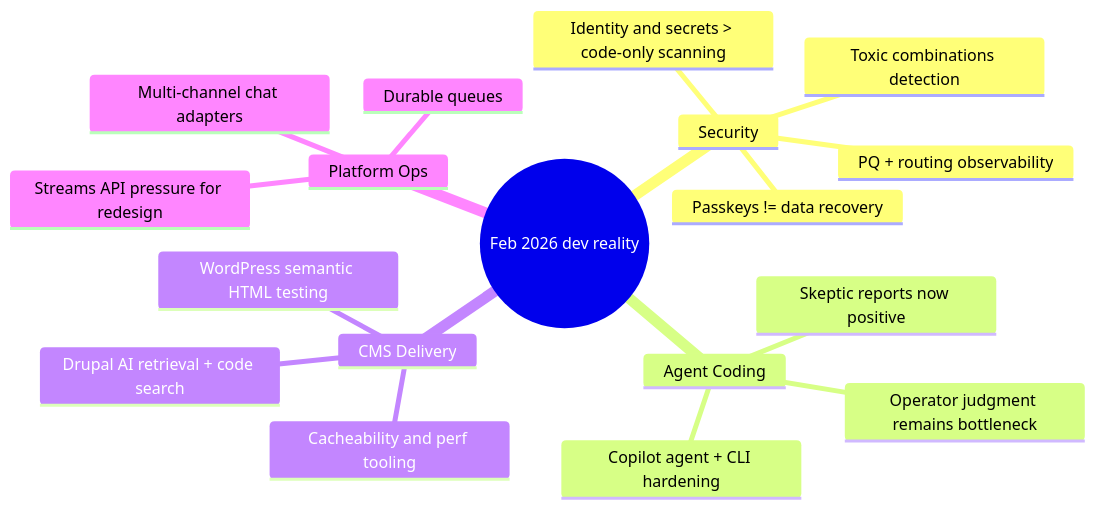
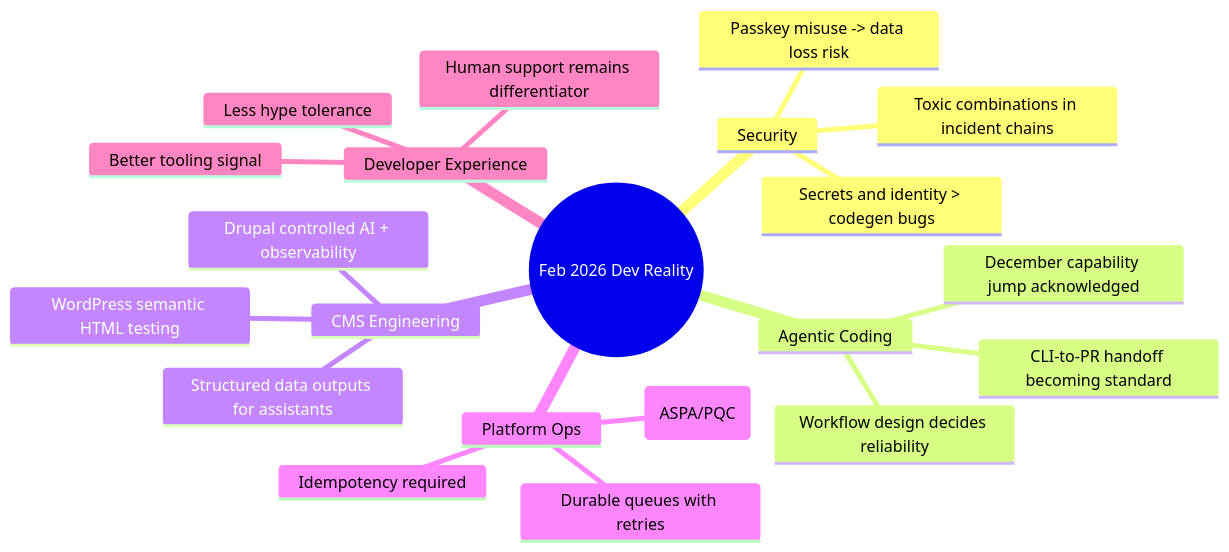
One commit to victorstack-ai/agent-blog changed the diagram in blog/2026-02-28-please-please-please-stop-using-passkeys-for-encrypting-user.md. Above: the diagram before and after it, drawn with Mermaid. The commit also changed other lines of this file, not shown here.

Commit message:
Publish learning devlog: 2026-02-28-please-please-please-stop-using-passkeys-for-encrypting-user

````diff
--- a/blog/2026-02-28-please-please-please-stop-using-passkeys-for-encrypting-user.md
+++ b/blog/2026-02-28-please-please-please-stop-using-passkeys-for-encrypting-user.md
@@ -136,21 +171,24 @@
 ```mermaid
 mindmap
-  root((Feb 2026 dev reality))
+  root((Feb 2026 Dev Reality))
     Security
-      Passkeys != data recovery
-      Identity and secrets > code-only scanning
-      Toxic combinations detection
-      PQ + routing observability
-    Agent Coding
-      Skeptic reports now positive
-      Copilot agent + CLI hardening
-      Operator judgment remains bottleneck
-    CMS Delivery
-      Drupal AI retrieval + code search
-      Cacheability and perf tooling
+      Passkey misuse -> data loss risk
+      Secrets and identity > codegen bugs
+      Toxic combinations in incident chains
+    Agentic Coding
+      December capability jump acknowledged
+      Workflow design decides reliability
+      CLI-to-PR handoff becoming standard
+    CMS Engineering
+      Drupal controlled AI + observability
       WordPress semantic HTML testing
+      Structured data outputs for assistants
     Platform Ops
-      Durable queues
-      Multi-channel chat adapters
-      Streams API pressure for redesign
+      Durable queues with retries
+      Idempotency required
+      Routing crypto telemetry (ASPA/PQC)
+    Developer Experience
+      Better tooling signal
+      Less hype tolerance
+      Human support remains differentiator
 ```
````
